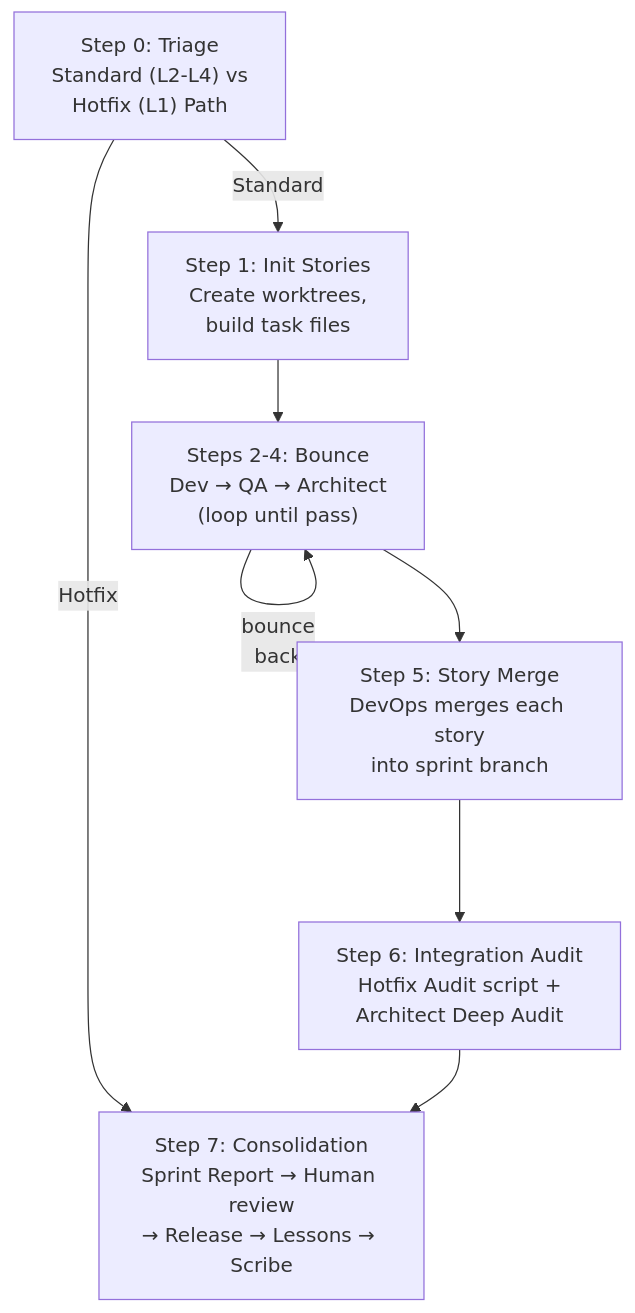
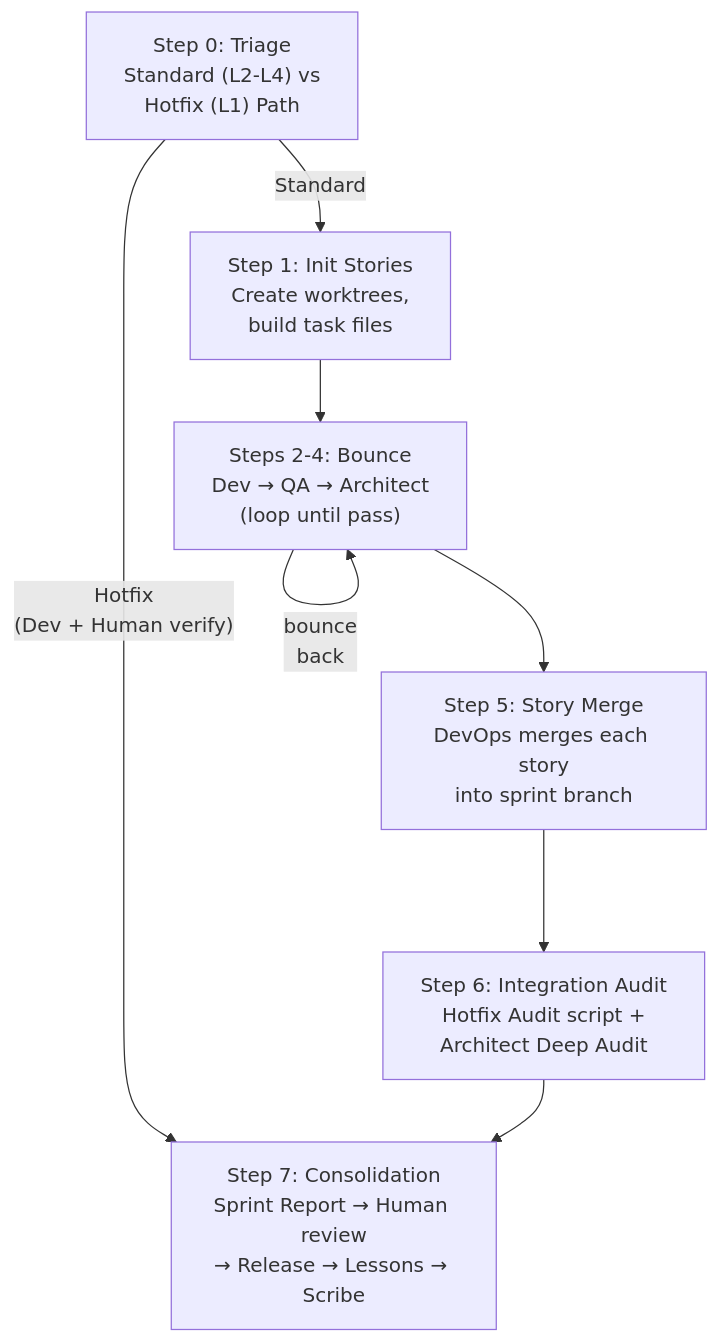
The seventh of 8 diagrams in OVERVIEW.md (sandrinio/V-Bounce-OS), drawn with Mermaid before and after one commit. The commit also changed other lines of this file and 6 other files, not shown here.

````diff
--- a/OVERVIEW.md
+++ b/OVERVIEW.md
@@ -149,14 +149,14 @@
 ```mermaid
 flowchart TB
     S0["Step 0: Triage\nStandard (L2-L4) vs\nHotfix (L1) Path"]
     S1["Step 1: Init Stories\nCreate worktrees,\nbuild task files"]
     S2["Steps 2-4: Bounce\nDev → QA → Architect\n(loop until pass)"]
     S5["Step 5: Story Merge\nDevOps merges each story\ninto sprint branch"]
     S6["Step 6: Integration Audit\nHotfix Audit script +\nArchitect Deep Audit"]
     S7["Step 7: Consolidation\nSprint Report → Human review\n→ Release → Lessons → Scribe"]
 
     S0 -->|"Standard"| S1
-    S0 -->|"Hotfix"| S7
+    S0 -->|"Hotfix\n(Dev + Human verify)"| S7
     S1 --> S2 --> S5 --> S6 --> S7
     S2 -->|"bounce\nback"| S2
 ```
````
